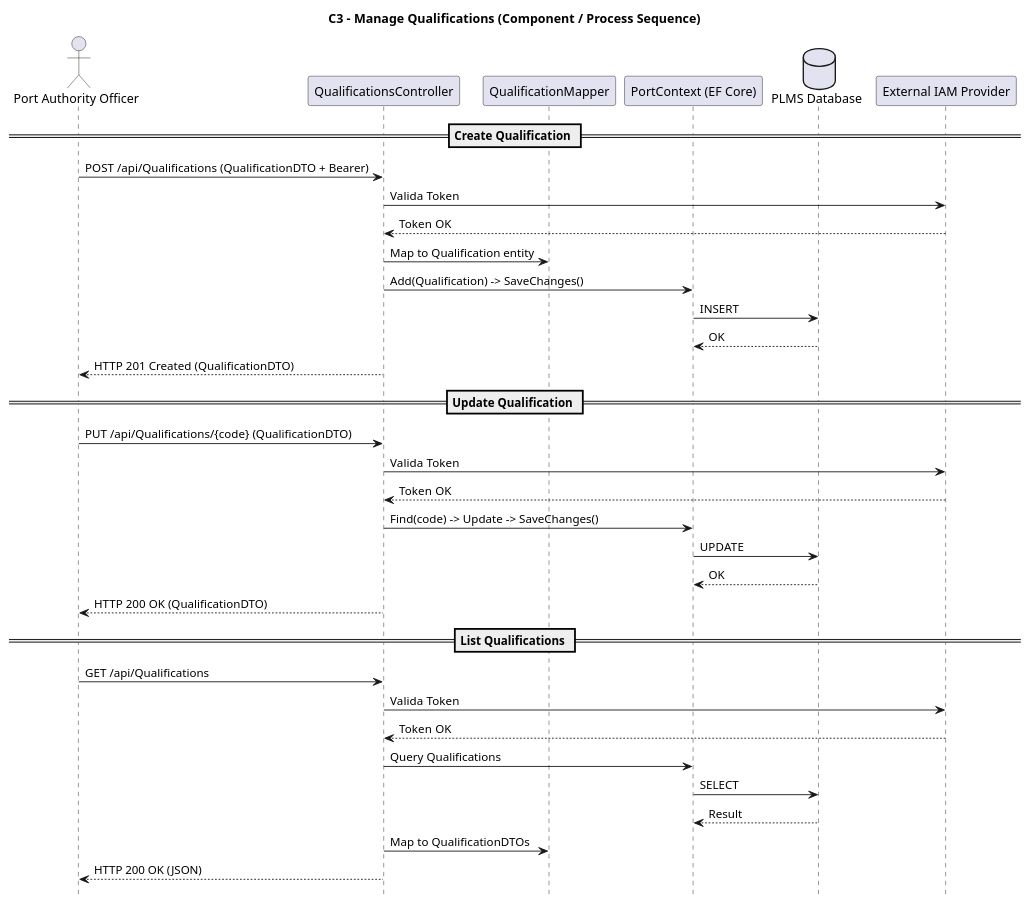
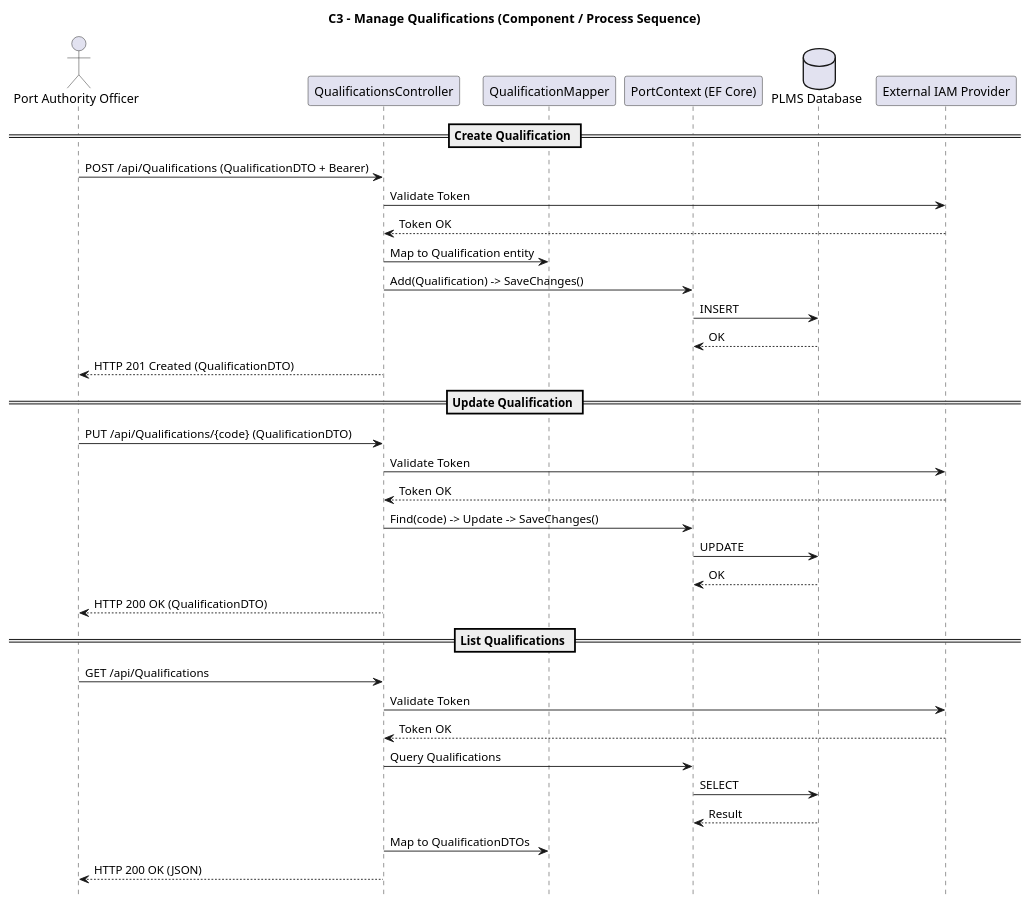
The diagram in Docs/Sprint A/US 2.2.13/Modelo c4/C3_Processos.puml (Departamento-de-Engenharia-Informatica/LEI-SEM5-PI-2025-26-3DM-03), drawn with PlantUML before and after one commit. The commit also changed 10 other files, not shown here.

Commit message:
Translate UML diagrams and documentation for Manage Qualifications use case to English (us 2.2.13) #14

```diff
--- a/Docs/Sprint A/US 2.2.13/Modelo c4/C3_Processos.puml
+++ b/Docs/Sprint A/US 2.2.13/Modelo c4/C3_Processos.puml
@@ -1,41 +1,41 @@
 @startuml C3_Manage_Qualifications_Process_View
 title C3 – Manage Qualifications (Component / Process Sequence)
 hide footbox
 
 actor "Port Authority Officer" as Officer
 participant "QualificationsController" as Controller
 participant "QualificationMapper" as Mapper
 participant "PortContext (EF Core)" as Context
 database "PLMS Database" as DB
 participant "External IAM Provider" as IAM
 
 == Create Qualification ==
 Officer -> Controller : POST /api/Qualifications (QualificationDTO + Bearer)
-Controller -> IAM : Valida Token
+Controller -> IAM : Validate Token
 IAM --> Controller : Token OK
 Controller -> Mapper : Map to Qualification entity
 Controller -> Context : Add(Qualification) -> SaveChanges()
 Context -> DB : INSERT
 DB --> Context : OK
 Controller --> Officer : HTTP 201 Created (QualificationDTO)
 
 == Update Qualification ==
 Officer -> Controller : PUT /api/Qualifications/{code} (QualificationDTO)
-Controller -> IAM : Valida Token
+Controller -> IAM : Validate Token
 IAM --> Controller : Token OK
 Controller -> Context : Find(code) -> Update -> SaveChanges()
 Context -> DB : UPDATE
 DB --> Context : OK
 Controller --> Officer : HTTP 200 OK (QualificationDTO)
 
 == List Qualifications ==
 Officer -> Controller : GET /api/Qualifications
-Controller -> IAM : Valida Token
+Controller -> IAM : Validate Token
 IAM --> Controller : Token OK
 Controller -> Context : Query Qualifications
 Context -> DB : SELECT
 DB --> Context : Result
 Controller -> Mapper : Map to QualificationDTOs
 Controller --> Officer : HTTP 200 OK (JSON)
 
 @enduml
```
